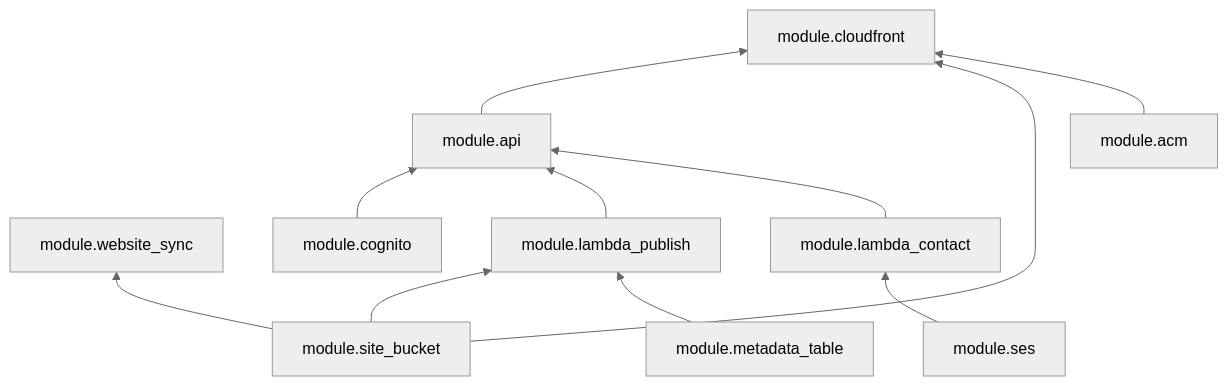
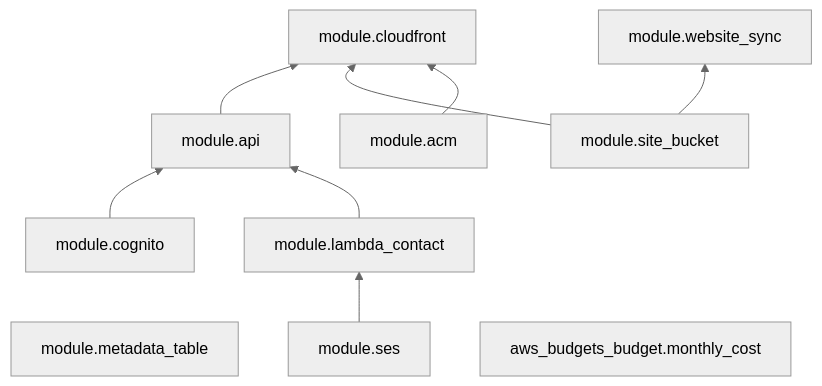
Before and after one commit to vasichkin/aws-zero-cost-hosting: the fourth of 5 diagrams in docs/DEPLOYMENT.md, drawn with Mermaid (neutral theme). The commit also changed other lines of this file and 15 other files, not shown here.

````diff
--- a/docs/DEPLOYMENT.md
+++ b/docs/DEPLOYMENT.md
@@ -166,24 +169,21 @@
 ```mermaid
 flowchart BT
   ACM[module.acm]
   Bucket[module.site_bucket]
   Sync[module.website_sync]
   DDB[module.metadata_table]
   Cognito[module.cognito]
   SES[module.ses]
-  LPub[module.lambda_publish]
   LContact[module.lambda_contact]
   API[module.api]
   CF[module.cloudfront]
+  Budget[aws_budgets_budget.monthly_cost]
 
   Bucket --> Sync
-  Bucket --> LPub
-  DDB --> LPub
   SES --> LContact
   Cognito --> API
-  LPub --> API
   LContact --> API
   API --> CF
   Bucket --> CF
   ACM --> CF
 ```
````
